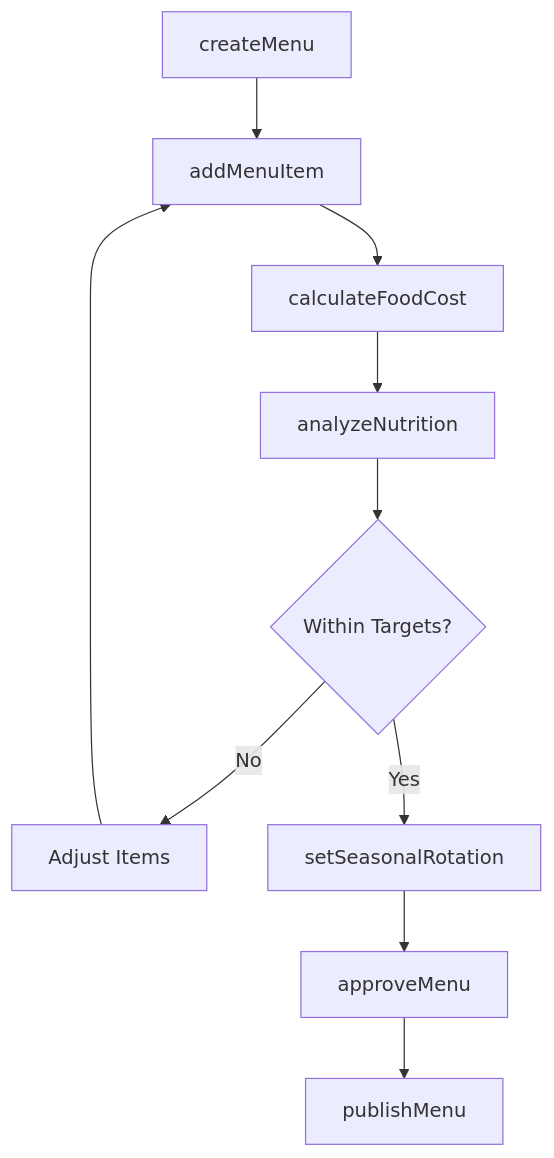
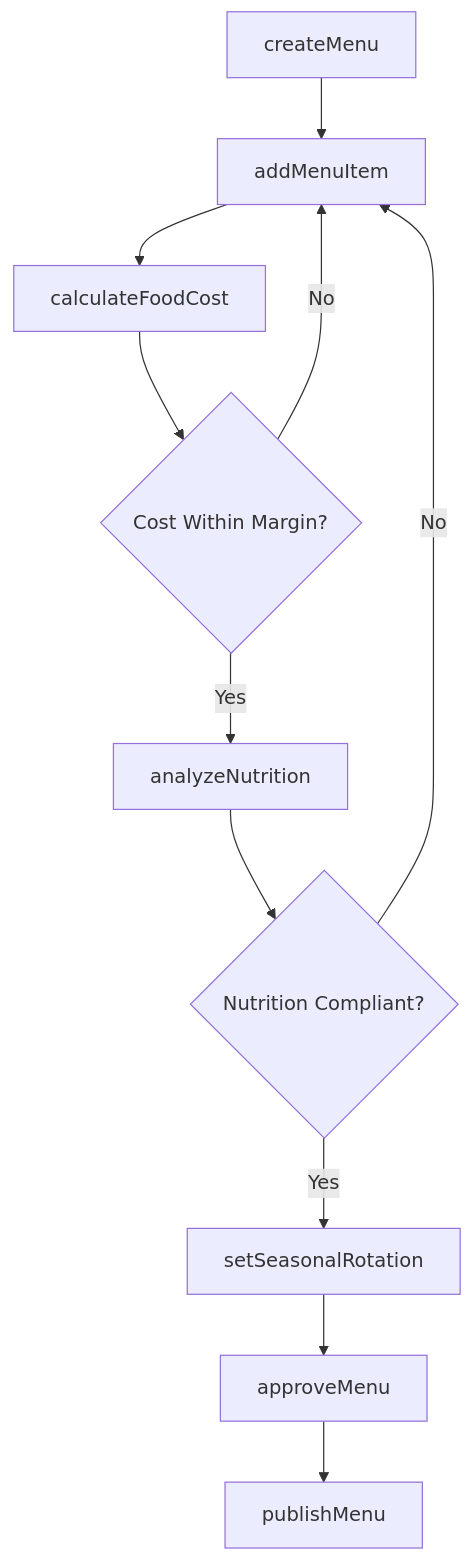
One commit to dot-org-ai/tasks.org.ai changed the third of 4 diagrams in ThinkingCreatively/DevelopRecipesOrMenus/PlanMenuOptions.mdx. Above: the diagram before and after it, drawn with Mermaid. The commit also changed other lines of this file and 504 other files, not shown here.

First line of the commit message:
feat: Add ER diagrams, state diagrams, and workflow improvements to 96 DWA task files

````diff
--- a/ThinkingCreatively/DevelopRecipesOrMenus/PlanMenuOptions.mdx
+++ b/ThinkingCreatively/DevelopRecipesOrMenus/PlanMenuOptions.mdx
@@ -86,12 +114,13 @@
 ```mermaid
 graph TD
     A[createMenu] --> B[addMenuItem]
     B --> C[calculateFoodCost]
-    C --> D[analyzeNutrition]
-    D --> E{Within Targets?}
-    E -->|No| F[Adjust Items]
-    F --> B
-    E -->|Yes| G[setSeasonalRotation]
+    C --> D{Cost Within Margin?}
+    D -->|No| B
+    D -->|Yes| E[analyzeNutrition]
+    E --> F{Nutrition Compliant?}
+    F -->|No| B
+    F -->|Yes| G[setSeasonalRotation]
     G --> H[approveMenu]
     H --> I[publishMenu]
 ```
````
